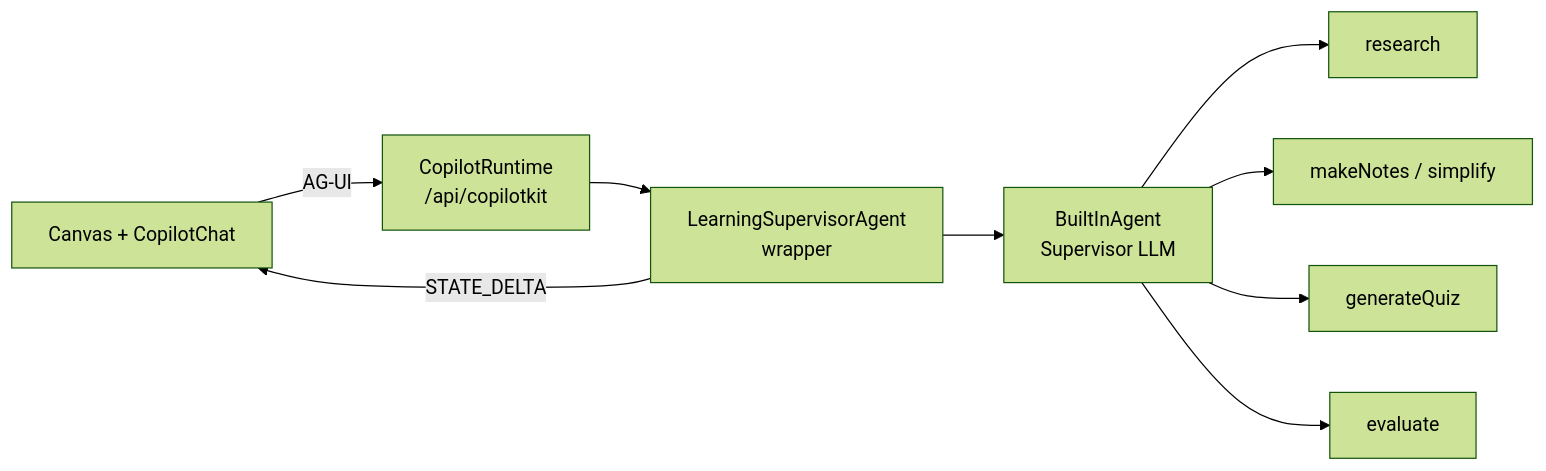
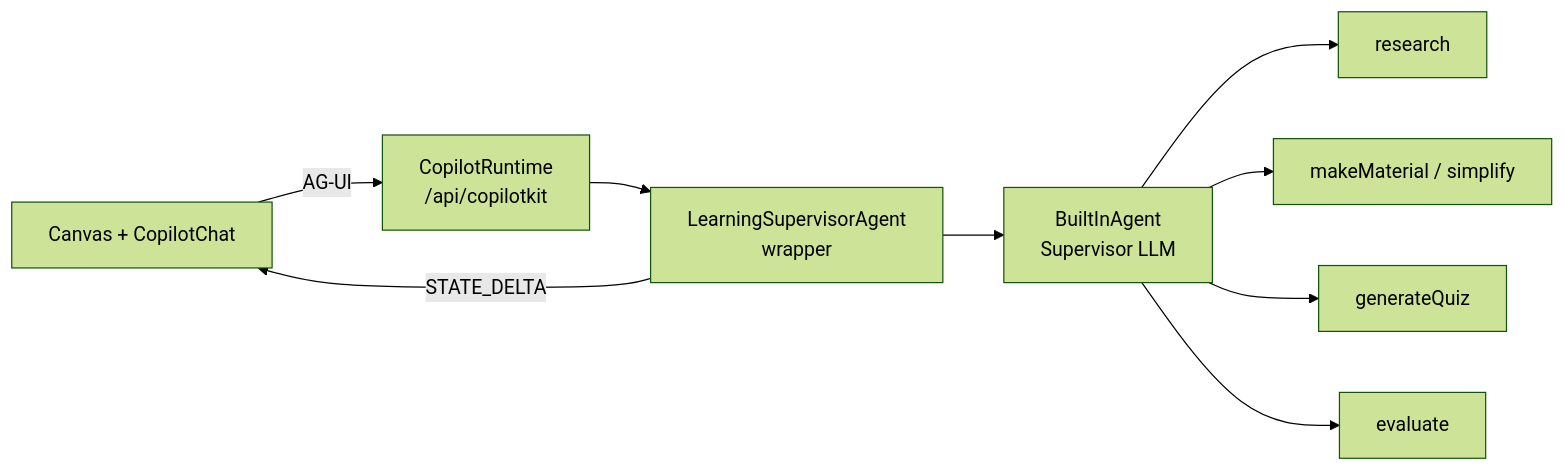
The first of 3 diagrams in learning-assistant/docs/design.md (hoanhoang-agilityio/Assistant-Learning), drawn with Mermaid (forest theme) before and after one commit. The commit also changed other lines of this file and 73 other files, not shown here.

Commit message:
chore: update Notes to Learning Material name

````diff
--- a/learning-assistant/docs/design.md
+++ b/learning-assistant/docs/design.md
@@ -27,11 +27,11 @@
 ```mermaid
 flowchart LR
   UI[Canvas + CopilotChat] -- AG-UI --> RT[CopilotRuntime<br/>/api/copilotkit]
   RT --> W[LearningSupervisorAgent<br/>wrapper]
   W --> S[BuiltInAgent<br/>Supervisor LLM]
   S --> R[research]
-  S --> N[makeNotes / simplify]
+  S --> N[makeMaterial / simplify]
   S --> Q[generateQuiz]
   S --> E[evaluate]
   W -- STATE_DELTA --> UI
 ```
````
